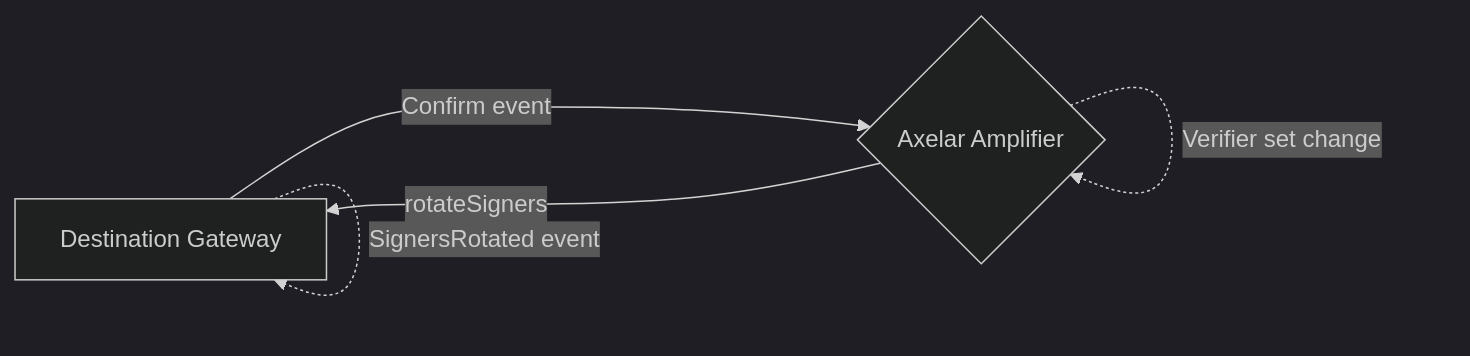
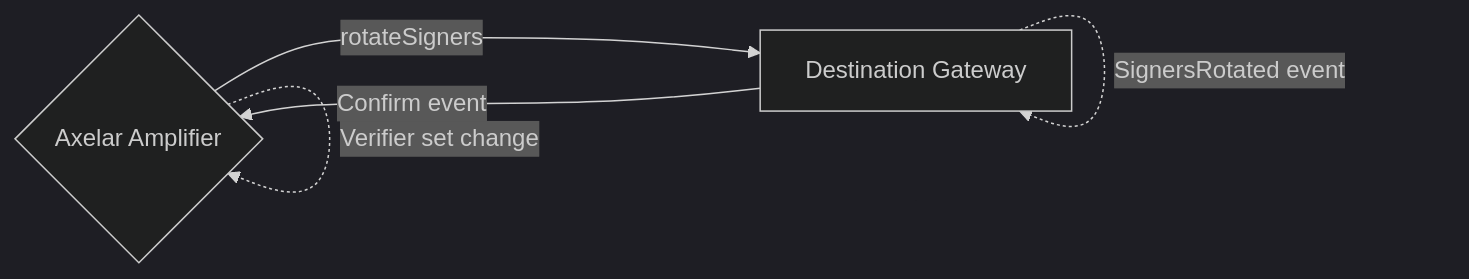
Before and after one commit to axelarnetwork/axelar-gmp-sdk-solidity: the second of 2 diagrams in contracts/gateway/INTEGRATION.md, drawn with Mermaid (dark theme). The commit also changed other lines of this file, not shown here.

````diff
--- a/contracts/gateway/INTEGRATION.md
+++ b/contracts/gateway/INTEGRATION.md
@@ -68,10 +78,10 @@
 ```mermaid
 flowchart LR
+    AXL{Axelar Amplifier}
     DG[Destination Gateway]
-    AXL{Axelar Amplifier}
 
     AXL -.->|Verifier set change| AXL
     AXL -->|rotateSigners| DG
     DG -.->|SignersRotated event| DG
     DG --->|Confirm event| AXL
 ```
````
